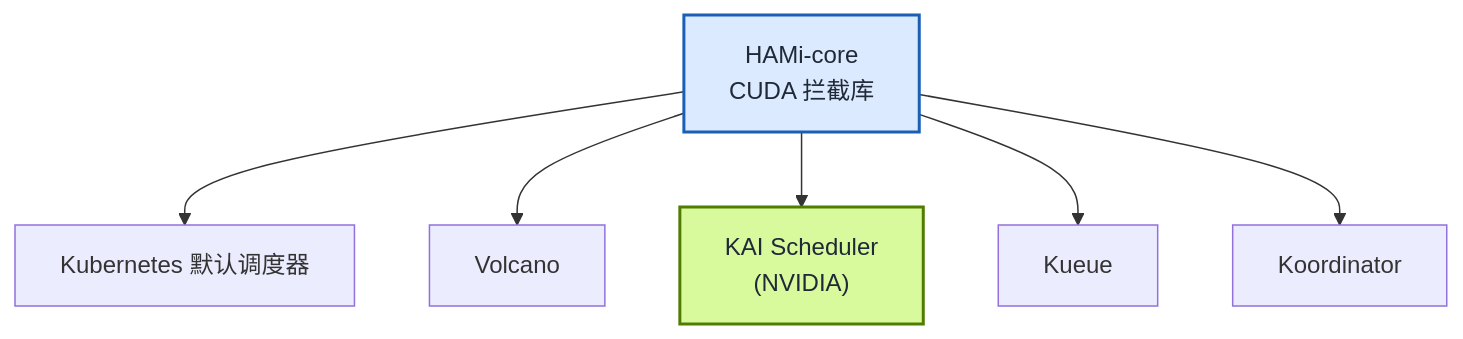
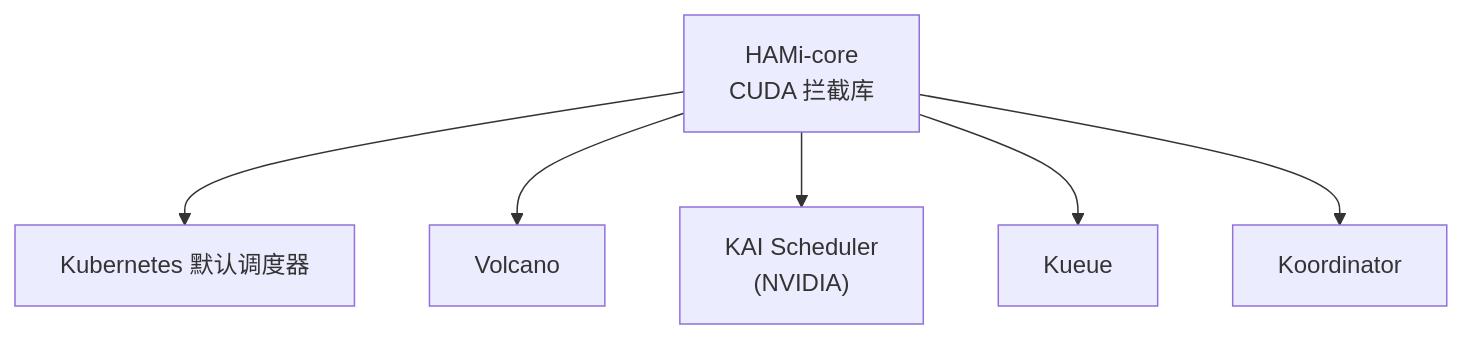
One commit to Project-HAMi/website changed the third of 3 diagrams in i18n/zh/docusaurus-plugin-content-blog/hami-core-adopted-by-nvidia-kai-scheduler/index.md. Above: the diagram before and after it, drawn with Mermaid. The commit also changed other lines of this file and 9 other files, not shown here.

First line of the commit message:
fix(ui): make mermaid diagrams readable in dark mode (#772)

````diff
--- a/i18n/zh/docusaurus-plugin-content-blog/hami-core-adopted-by-nvidia-kai-scheduler/index.md
+++ b/i18n/zh/docusaurus-plugin-content-blog/hami-core-adopted-by-nvidia-kai-scheduler/index.md
@@ -191,14 +189,14 @@
 ```mermaid
 %% title: HAMi-core 调度器生态
 graph TD
     HAMI["HAMi-core<br/>CUDA 拦截库"]
 
     HAMI --> K8S["Kubernetes 默认调度器"]
     HAMI --> VOLCANO[Volcano]
     HAMI --> KAI["KAI Scheduler<br/>(NVIDIA)"]
     HAMI --> Kueue
     HAMI --> Koordinator
 
-    style HAMI fill:#dbeafe,stroke:#1a5fb4,stroke-width:2px,color:#1f2937
-    style KAI fill:#d9f99d,stroke:#4f7d00,stroke-width:2px,color:#1f2937
+    class HAMI info
+    class KAI accent
 ```
````
